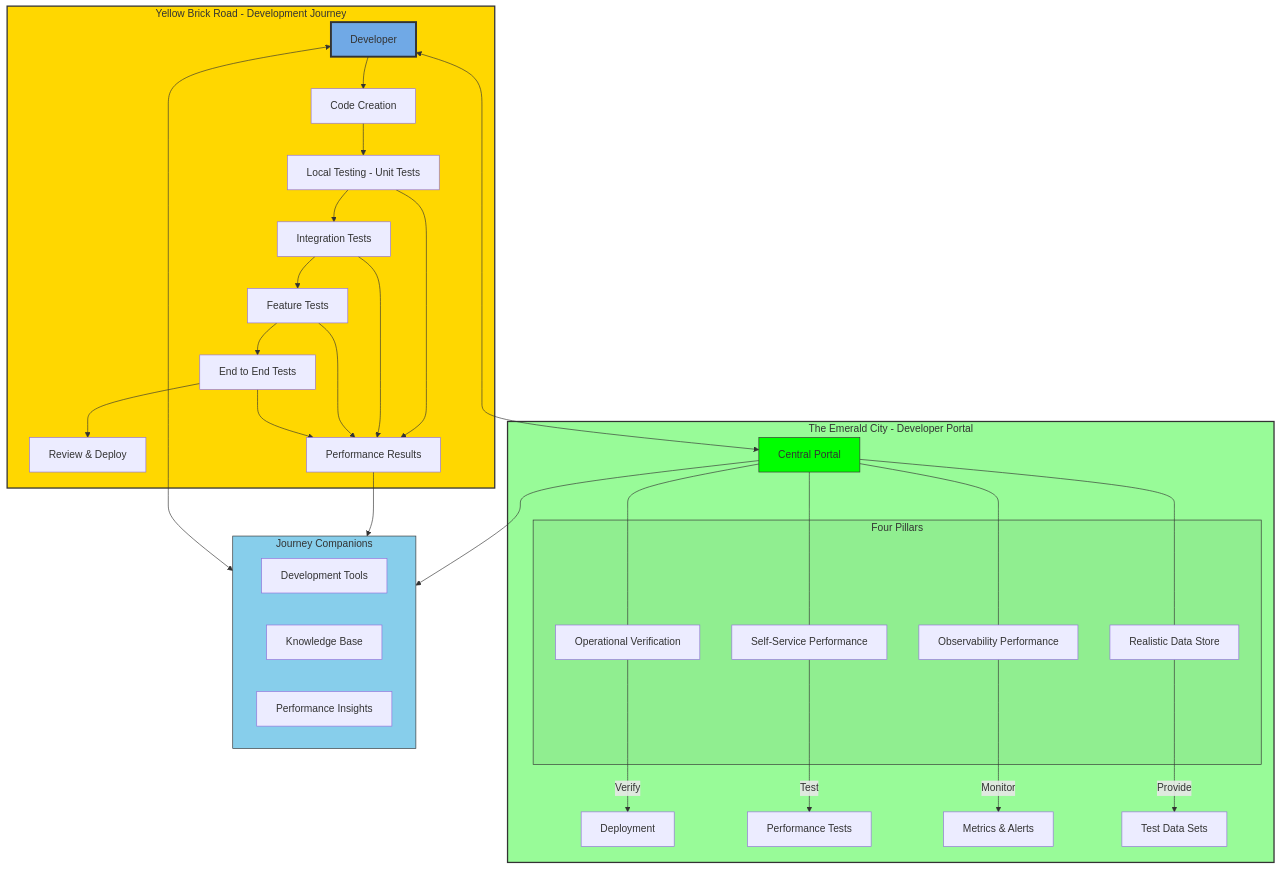
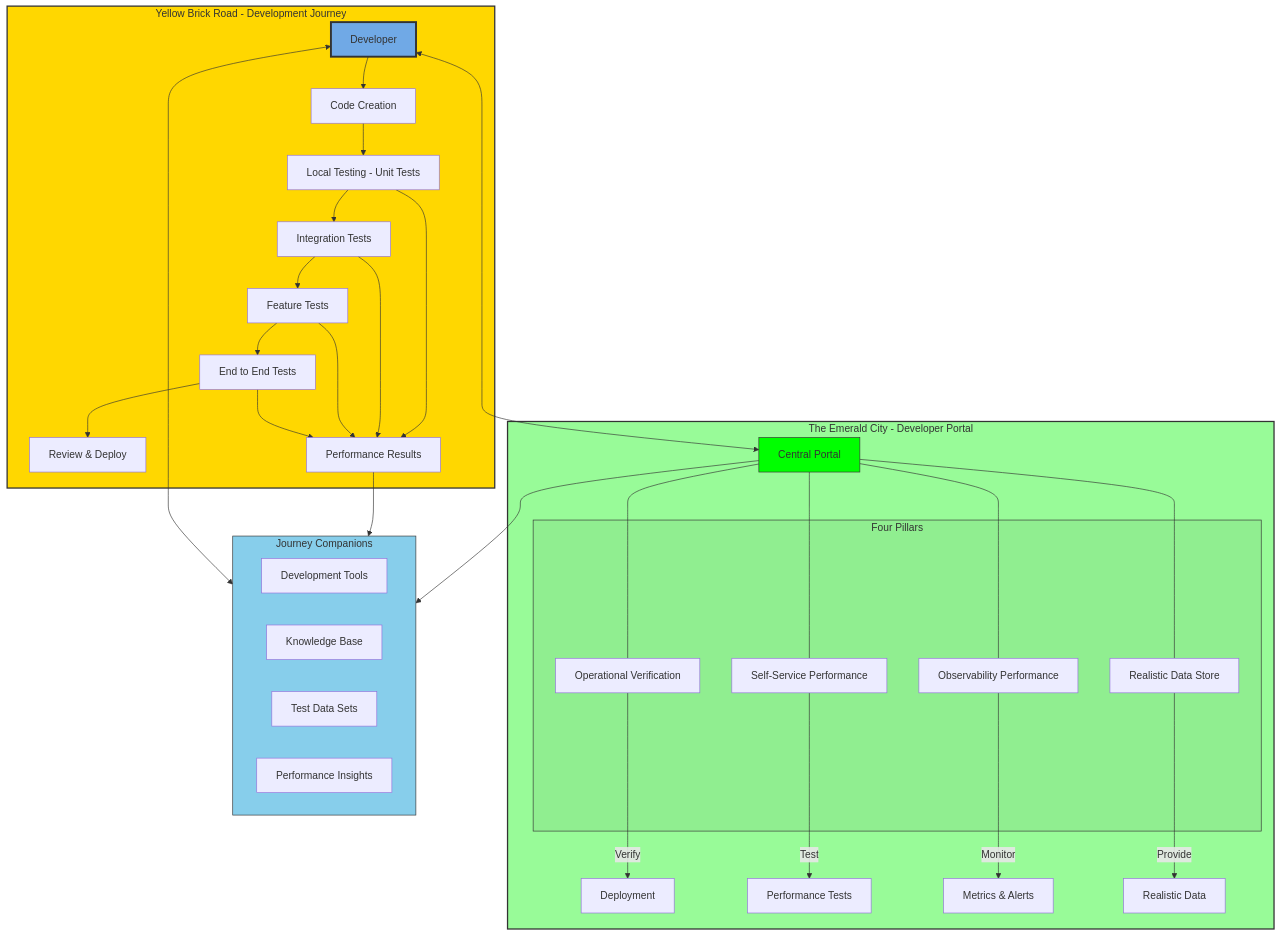
Before and after one commit to zalyoung/gitlab-handbook: the first of 4 diagrams in content/handbook/engineering/infrastructure-platforms/developer-experience/performance-enablement/_index.md, drawn with Mermaid.

Commit message:
Fixing a typo

````diff
--- a/content/handbook/engineering/infrastructure-platforms/developer-experience/performance-enablement/_index.md
+++ b/content/handbook/engineering/infrastructure-platforms/developer-experience/performance-enablement/_index.md
@@ -19,53 +19,53 @@
 ```mermaid
 flowchart TD
     subgraph EC[The Emerald City - Developer Portal]
         Portal[Central Portal]
         subgraph Buildings[Four Pillars]
             DV[Operational Verification]
             SF[Self-Service Performance]
             OB[Observability Performance]
             DS[Realistic Data Store]
         end
         Portal --- DV
         Portal --- SF
         Portal --- OB
         Portal --- DS
 
         DV -->|Verify| Deploy[Deployment]
         SF -->|Test| Perf1[Performance Tests]
         OB -->|Monitor| Metrics[Metrics & Alerts]
-        DS -->|Provide| Data[Realistic Data]
+        DS -->|Provide| RealData[Realistic Data]
     end
-
+ 
     subgraph YBR[Yellow Brick Road - Development Journey]
         Dev[Developer] --> Code[Code Creation]
         Code --> Unit[Local Testing - Unit Tests]
         Unit --> Integration[Integration Tests]
         Integration --> Feature[Feature Tests]
         Feature --> E2E[End to End Tests]
         E2E --> Review[Review & Deploy]
         Unit --> Perf[Performance Results]
         Integration --> Perf
         Feature --> Perf
         E2E --> Perf
     end
 
     subgraph Guide[Journey Companions]
         Tools[Development Tools]
         Docs[Knowledge Base]
         Data[Test Data Sets]
         Insights[Performance Insights]
     end
 
     Perf --> Guide
     Dev <--> Portal
     Dev <--> Guide
     Portal --> Guide
     
     style EC fill:#98FB98,stroke:#333,stroke-width:2px
     style YBR fill:#FFD700,stroke:#333,stroke-width:2px
     style Guide fill:#87CEEB,stroke:#333
     style Portal fill:#00FF00,stroke:#333
     style Dev fill:#70a9e6,stroke:#333,stroke-width:3px
     style Buildings fill:#90EE90,stroke:#333
 ```
````
